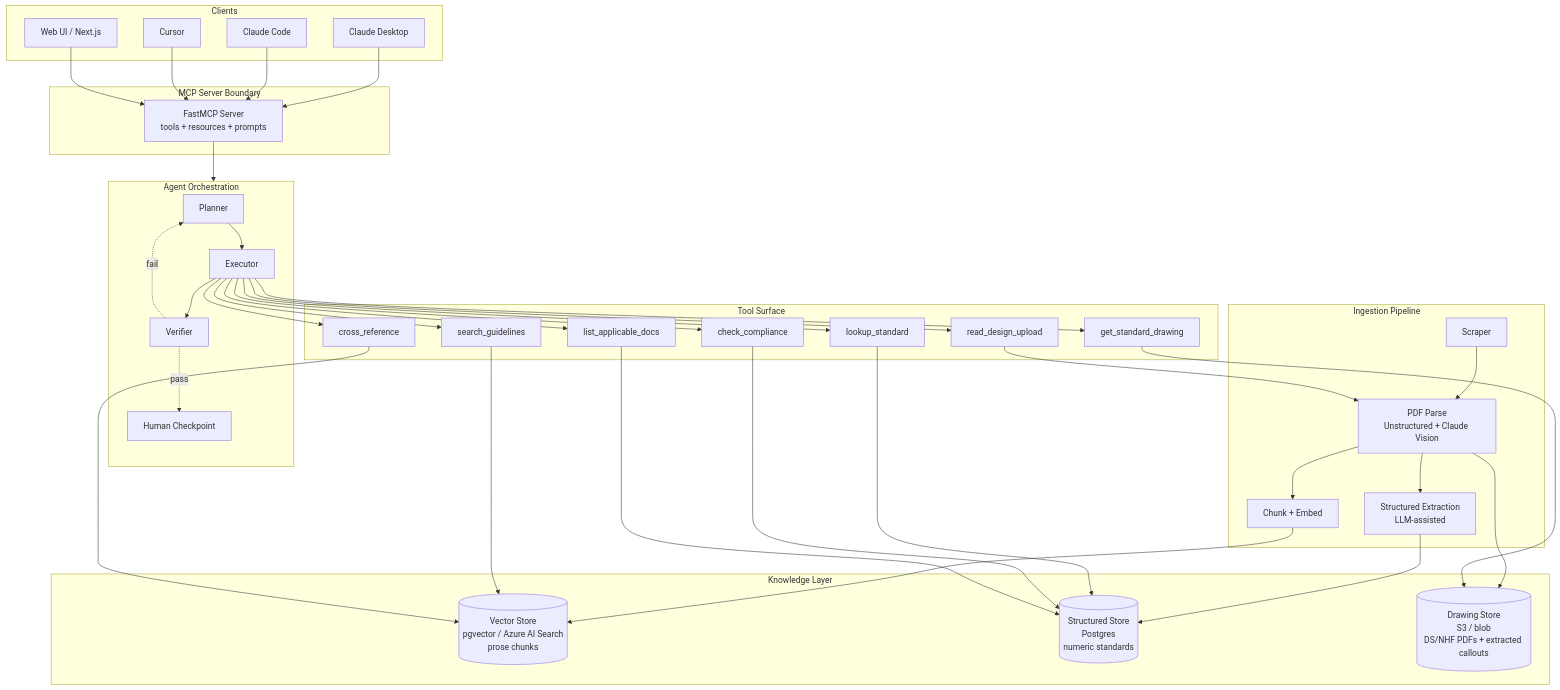
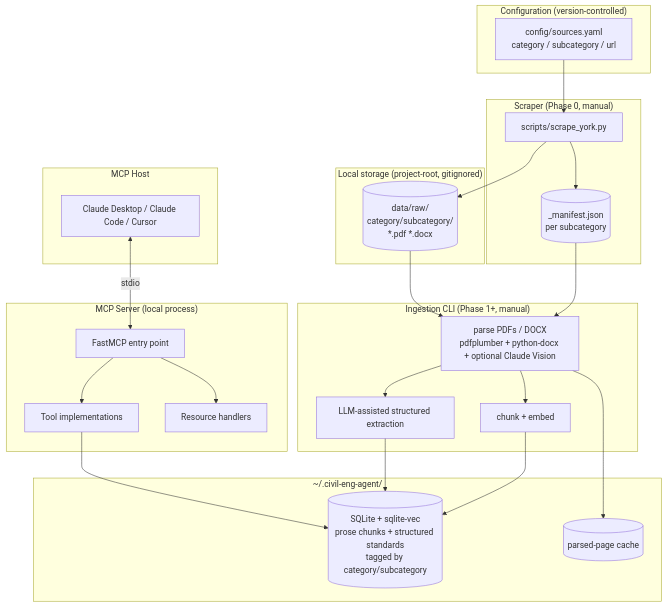
One commit to FrankZhaoYX/civil_eng_agent changed the first of 2 diagrams in ARCHITECTURE.md. Above: the diagram before and after it, drawn with Mermaid. The commit also changed other lines of this file and 40 other files, not shown here.

````diff
--- a/ARCHITECTURE.md
+++ b/ARCHITECTURE.md
@@ -104,57 +125,51 @@
 ```mermaid
 flowchart TB
-  subgraph Clients["Clients"]
-    CD[Claude Desktop]
-    CC[Claude Code]
-    CR[Cursor]
-    WEB[Web UI / Next.js]
+  subgraph Config["Configuration (version-controlled)"]
+    YAML[config/sources.yaml<br/>category / subcategory / url]
   end
 
-  subgraph MCP["MCP Server Boundary"]
-    MS[FastMCP Server<br/>tools + resources + prompts]
+  subgraph Scraper["Scraper (Phase 0, manual)"]
+    SCRAPE[scripts/scrape_york.py]
+    MANIFEST[(_manifest.json<br/>per subcategory)]
   end
 
-  subgraph Agent["Agent Orchestration"]
-    PLAN[Planner]
-    EXEC[Executor]
-    VER[Verifier]
-    HITL[Human Checkpoint]
+  subgraph Local["Local storage (project-root, gitignored)"]
+    RAW[(data/raw/<br/>category/subcategory/<br/>*.pdf *.docx)]
   end
 
-  subgraph Tools["Tool Surface"]
-    T1[search_guidelines]
-    T2[lookup_standard]
-    T3[get_standard_drawing]
-    T4[cross_reference]
-    T5[check_compliance]
-    T6[read_design_upload]
-    T7[list_applicable_docs]
+  subgraph Ingestion["Ingestion CLI (Phase 1+, manual)"]
+    PARSE[parse PDFs / DOCX<br/>pdfplumber + python-docx + optional Claude Vision]
+    EXTRACT[LLM-assisted structured extraction]
+    EMBED[chunk + embed]
   end
 
-  subgraph Knowledge["Knowledge Layer"]
-    VS[(Vector Store<br/>pgvector / Azure AI Search<br/>prose chunks)]
-    SS[(Structured Store<br/>Postgres<br/>numeric standards)]
-    DS[(Drawing Store<br/>S3 / blob<br/>DS/NHF PDFs + extracted callouts)]
+  subgraph Store["~/.civil-eng-agent/"]
+    DB[(SQLite + sqlite-vec<br/>prose chunks + structured standards<br/>tagged by category/subcategory)]
+    CACHE[(parsed-page cache)]
   end
 
-  subgraph Ingestion["Ingestion Pipeline"]
-    SCR[Scraper] --> PARSE[PDF Parse<br/>Unstructured + Claude Vision]
-    PARSE --> EXTRACT[Structured Extraction<br/>LLM-assisted]
-    PARSE --> CHUNK[Chunk + Embed]
-    EXTRACT --> SS
-    CHUNK --> VS
-    PARSE --> DS
+  subgraph Server["MCP Server (local process)"]
+    MS[FastMCP entry point]
+    TOOLS[Tool implementations]
+    RES[Resource handlers]
   end
 
-  CD & CC & CR & WEB --> MS
-  MS --> Agent
-  PLAN --> EXEC
-  EXEC --> T1 & T2 & T3 & T4 & T5 & T6 & T7
-  T1 & T4 --> VS
-  T2 & T5 & T7 --> SS
-  T3 --> DS
-  T6 --> PARSE
-  EXEC --> VER
-  VER -.fail.-> PLAN
-  VER -.pass.-> HITL
+  subgraph Host["MCP Host"]
+    CD[Claude Desktop / Claude Code / Cursor]
+  end
+
+  YAML --> SCRAPE
+  SCRAPE --> RAW
+  SCRAPE --> MANIFEST
+  RAW --> PARSE
+  MANIFEST --> PARSE
+  PARSE --> EXTRACT
+  PARSE --> EMBED
+  EXTRACT --> DB
+  EMBED --> DB
+  PARSE --> CACHE
+  TOOLS --> DB
+  CD <-->|stdio| MS
+  MS --> TOOLS
+  MS --> RES
 ```
````
